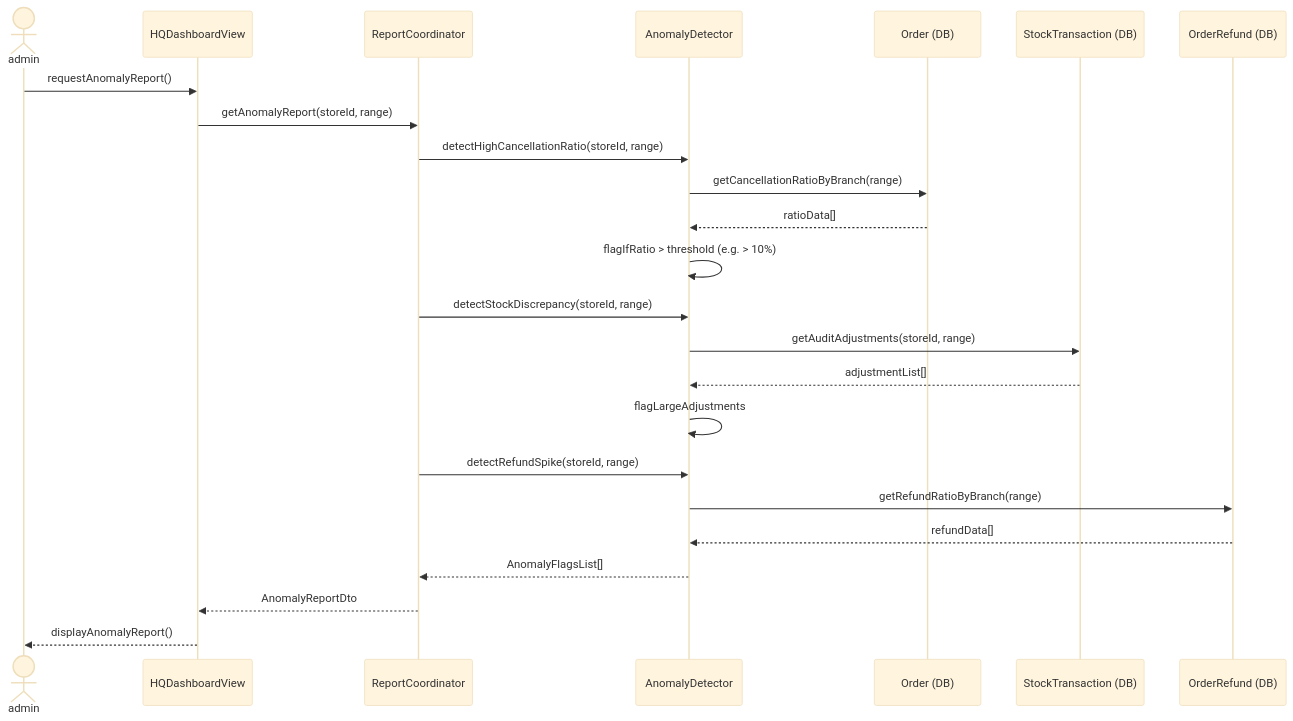
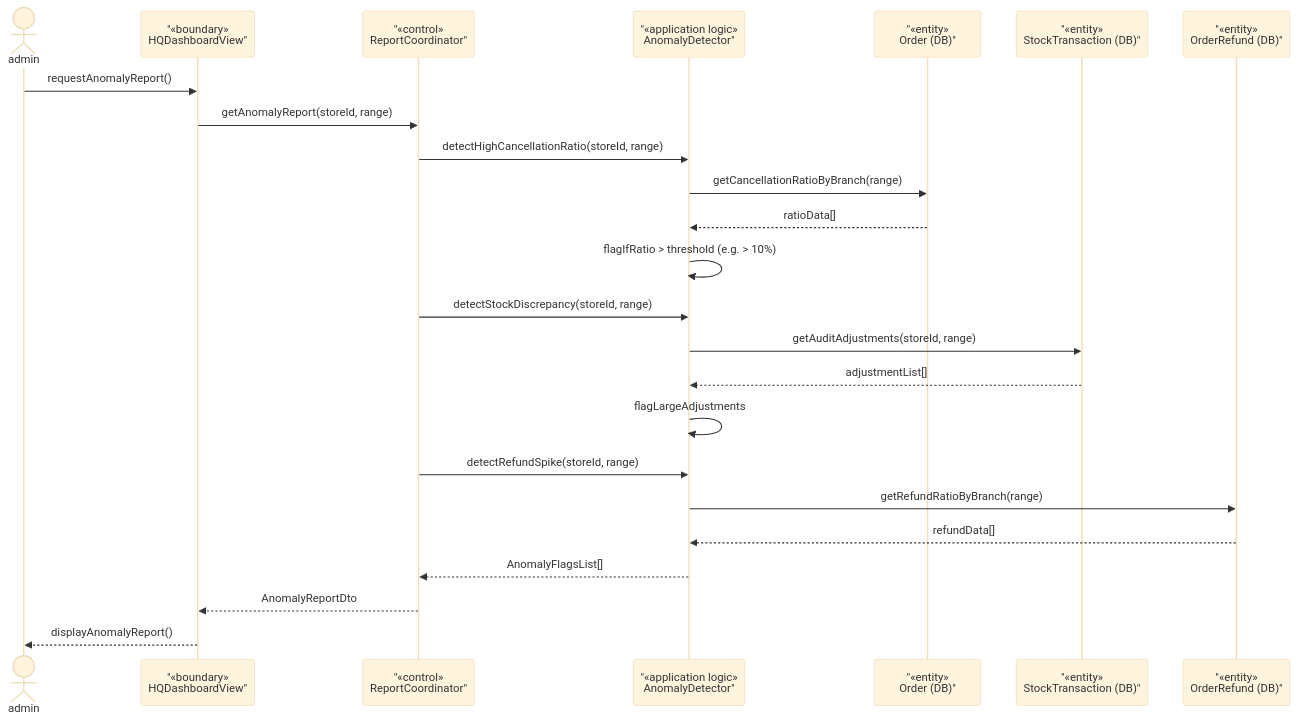
One commit to Shaichi/Khoga_coffe_shop changed the fourth of 5 diagrams in rds_sections/13_detailed_3_10_reports.md. Above: the diagram before and after it, drawn with Mermaid (base theme). The commit also changed other lines of this file and 13 other files, not shown here.

````diff
--- a/rds_sections/13_detailed_3_10_reports.md
+++ b/rds_sections/13_detailed_3_10_reports.md
@@ -175,31 +175,31 @@
 ```mermaid
 sequenceDiagram
     actor admin
-    participant HQDash as HQDashboardView
-    participant ReportCoord as ReportCoordinator
-    participant AnomalyDetector
-    participant OrderDB as Order (DB)
-    participant StockDB as StockTransaction (DB)
-    participant RefundDB as OrderRefund (DB)
+participant HQDash as "«boundary»<br/>HQDashboardView"
+participant ReportCoord as "«control»<br/>ReportCoordinator"
+participant AnomalyDetector as "«application logic»<br/>AnomalyDetector"
+participant OrderDB as "«entity»<br/>Order (DB)"
+participant StockDB as "«entity»<br/>StockTransaction (DB)"
+participant RefundDB as "«entity»<br/>OrderRefund (DB)"
 
     admin->>HQDash: requestAnomalyReport()
     HQDash->>ReportCoord: getAnomalyReport(storeId, range)
 
     ReportCoord->>AnomalyDetector: detectHighCancellationRatio(storeId, range)
     AnomalyDetector->>OrderDB: getCancellationRatioByBranch(range)
     OrderDB-->>AnomalyDetector: ratioData[]
     AnomalyDetector->>AnomalyDetector: flagIfRatio > threshold (e.g. > 10%)
 
     ReportCoord->>AnomalyDetector: detectStockDiscrepancy(storeId, range)
     AnomalyDetector->>StockDB: getAuditAdjustments(storeId, range)
     StockDB-->>AnomalyDetector: adjustmentList[]
     AnomalyDetector->>AnomalyDetector: flagLargeAdjustments
 
     ReportCoord->>AnomalyDetector: detectRefundSpike(storeId, range)
     AnomalyDetector->>RefundDB: getRefundRatioByBranch(range)
     RefundDB-->>AnomalyDetector: refundData[]
     AnomalyDetector-->>ReportCoord: AnomalyFlagsList[]
 
     ReportCoord-->>HQDash: AnomalyReportDto
     HQDash-->>admin: displayAnomalyReport()
 ```
````
